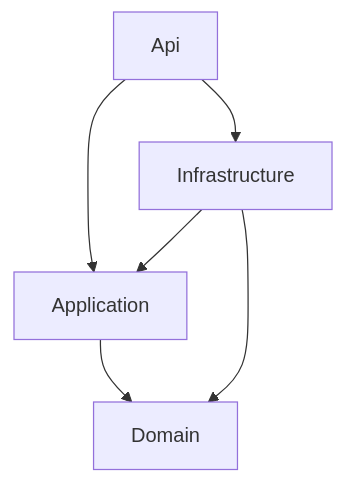
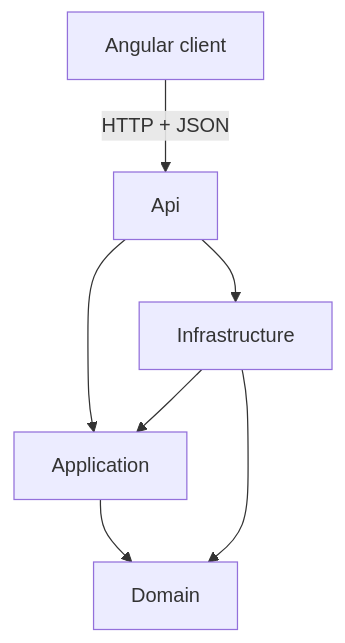
The diagram in README.md (isaias-muga/DairyControl), drawn with Mermaid before and after one commit. The commit also changed other lines of this file, not shown here.

````diff
--- a/README.md
+++ b/README.md
@@ -25,8 +33,9 @@
 ```mermaid
 graph TD
+    Client["Angular client"] -->|HTTP + JSON| Api
     Api --> Application
     Api --> Infrastructure
     Infrastructure --> Application
     Infrastructure --> Domain
     Application --> Domain
 ```
````
